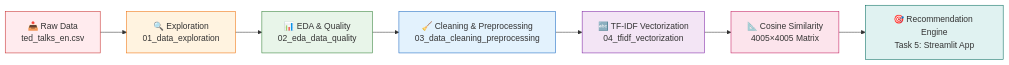
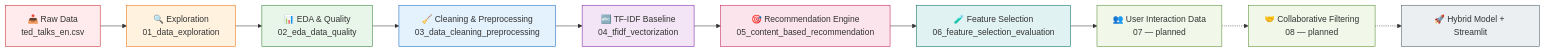
The diagram in README.md (springboardmentor098/TED-TALK-RECOMMENDATION-SYSTEM), drawn with Mermaid before and after one commit. The commit also changed other lines of this file and 8 other files, not shown here.

Commit message:
TF-IDF, Cosine similarity, best feature for recommendation implemented, processed data track handled

````diff
--- a/README.md
+++ b/README.md
@@ -44,17 +49,23 @@
 ```mermaid
 graph LR
     A[📥 Raw Data<br/>ted_talks_en.csv] --> B[🔍 Exploration<br/>01_data_exploration]
     B --> C[📊 EDA & Quality<br/>02_eda_data_quality]
     C --> D[🧹 Cleaning & Preprocessing<br/>03_data_cleaning_preprocessing]
-    D --> E[🔤 TF-IDF Vectorization<br/>04_tfidf_vectorization]
-    E --> F[📐 Cosine Similarity<br/>4005×4005 Matrix]
-    F --> G[🎯 Recommendation Engine<br/>Task 5: Streamlit App]
-    
+    D --> E[🔤 TF-IDF Baseline<br/>04_tfidf_vectorization]
+    E --> F[🎯 Recommendation Engine<br/>05_content_based_recommendation]
+    F --> G[🧪 Feature Selection<br/>06_feature_selection_evaluation]
+    G --> H[👥 User Interaction Data<br/>07 — planned]
+    H -.-> I[🤝 Collaborative Filtering<br/>08 — planned]
+    I -.-> J[🚀 Hybrid Model + Streamlit]
+
     style A fill:#ffebee,stroke:#c62828
     style B fill:#fff3e0,stroke:#ef6c00
     style C fill:#e8f5e9,stroke:#2e7d32
     style D fill:#e3f2fd,stroke:#1565c0
     style E fill:#f3e5f5,stroke:#7b1fa2
     style F fill:#fce4ec,stroke:#c2185b
     style G fill:#e0f2f1,stroke:#00695c
+    style H fill:#f1f8e9,stroke:#558b2f
+    style I fill:#f1f8e9,stroke:#558b2f
+    style J fill:#eceff1,stroke:#455a64
 ```
````
